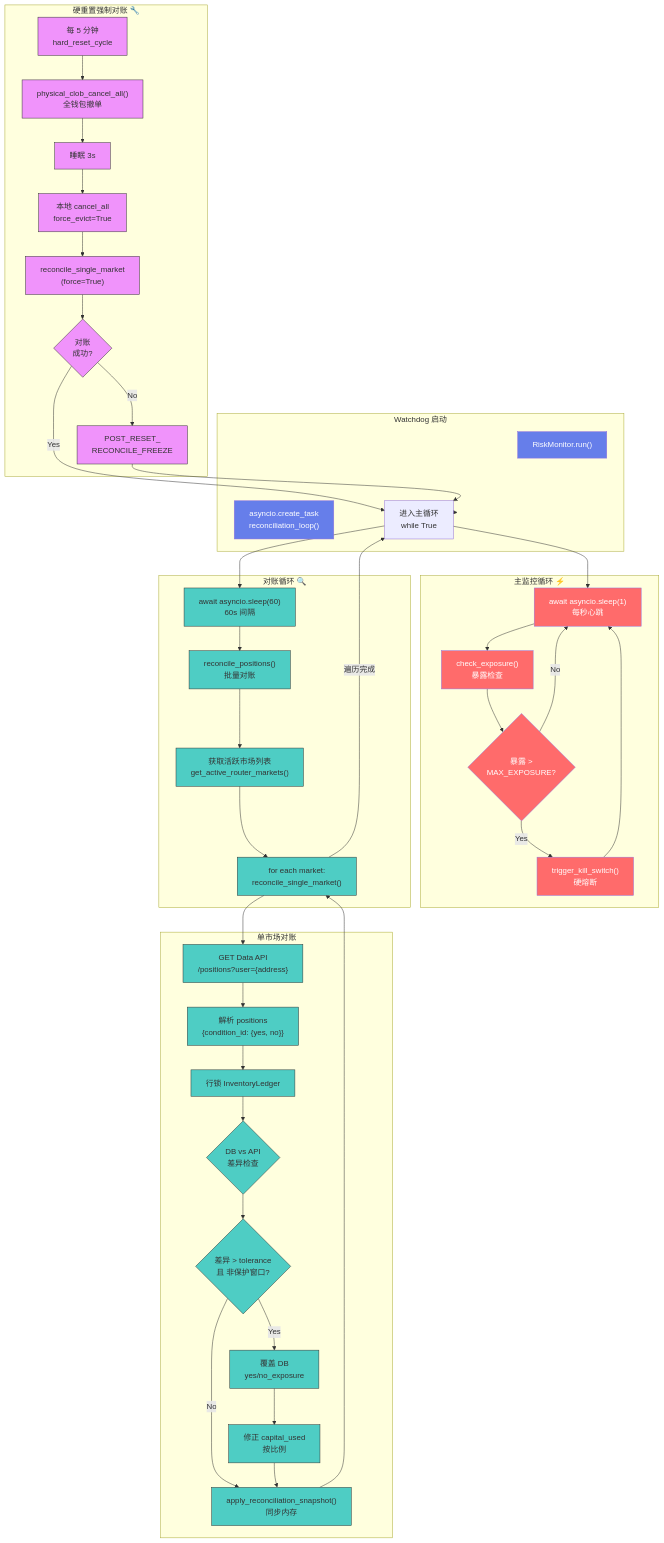
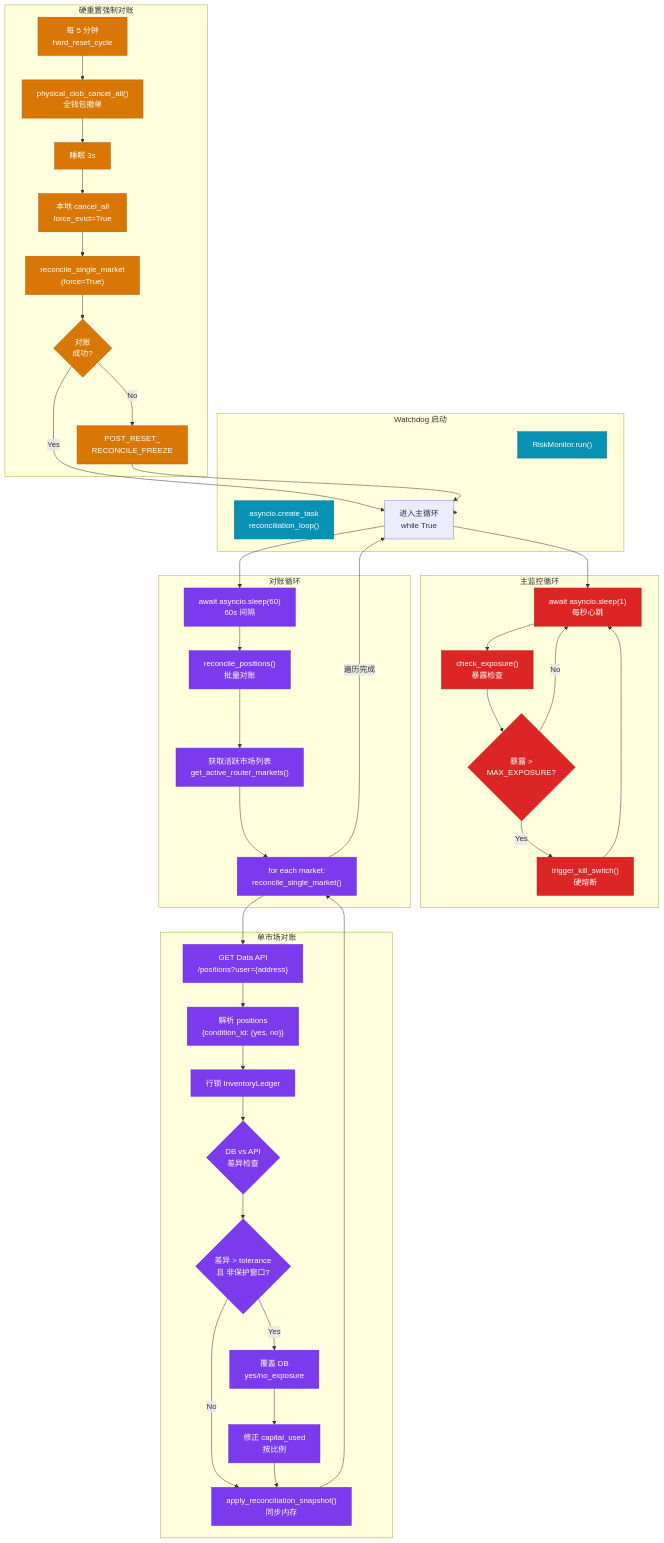
The first of 3 diagrams in spec/architecture_diagrams/08_watchdog_mechanism.md (liu-kaining/PolyMatrixEngine), drawn with Mermaid before and after one commit. The commit also changed other lines of this file and 16 other files, not shown here.

Commit message:
architecture_diagrams

````diff
--- a/spec/architecture_diagrams/08_watchdog_mechanism.md
+++ b/spec/architecture_diagrams/08_watchdog_mechanism.md
@@ -3,4 +3,10 @@
 ```mermaid
+%%{init: {'theme': 'base', 'themeVariables': {
+  'primaryColor': '#1e3a5f',
+  'primaryTextColor': '#ffffff',
+  'primaryBorderColor': '#334155',
+  'lineColor': '#64748b'
+}}%%
 flowchart TB
     subgraph Init["Watchdog 启动"]
         A["RiskMonitor.run()"]
@@ -8,14 +14,14 @@
         C["进入主循环<br/>while True"]
     end
 
-    subgraph MainLoop["主监控循环 ⚡"]
+    subgraph MainLoop["主监控循环"]
         D["await asyncio.sleep(1)<br/>每秒心跳"]
         E["check_exposure()<br/>暴露检查"]
         F{"暴露 ><br/>MAX_EXPOSURE?"}
         G["trigger_kill_switch()<br/>硬熔断"]
     end
 
-    subgraph Reconcile["对账循环 🔍"]
+    subgraph Reconcile["对账循环"]
         H["await asyncio.sleep(60)<br/>60s 间隔"]
         I["reconcile_positions()<br/>批量对账"]
         J["获取活跃市场列表<br/>get_active_router_markets()"]
@@ -33,7 +39,7 @@
         S["apply_reconciliation_snapshot()<br/>同步内存"]
     end
 
-    subgraph HardReset["硬重置强制对账 🔧"]
+    subgraph HardReset["硬重置强制对账"]
         T["每 5 分钟<br/>hard_reset_cycle"]
         U["physical_clob_cancel_all()<br/>全钱包撤单"]
         V["睡眠 3s"]
@@ -72,10 +78,10 @@
     Y -->|No| Z
     Z --> C
 
-    classDef init fill:#667eea,color:#fff
-    classDef main fill:#ff6b6b,color:#fff
-    classDef reconcile fill:#4ecdc4,stroke:#333
-    classDef reset fill:#f093fb,stroke:#333
+    classDef init fill:#0891b2,stroke:#0e7490,color:#fff
+    classDef main fill:#dc2626,stroke:#b91c1c,color:#fff
+    classDef reconcile fill:#7c3aed,stroke:#6d28d9,color:#fff
+    classDef reset fill:#d97706,stroke:#b45309,color:#fff
 
     class A,B init
     class D,E,F,G main
````
